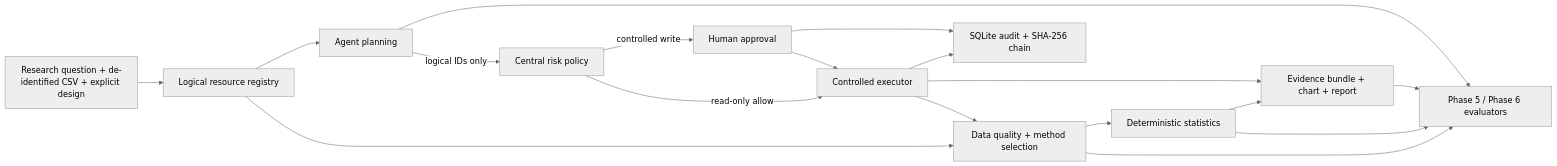
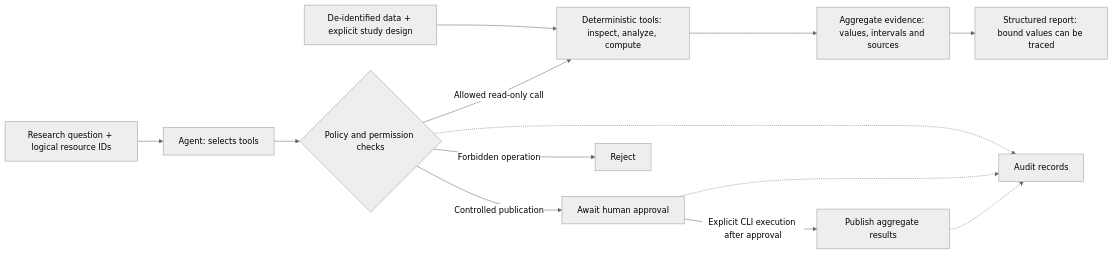
One commit to cedRiC874/researchops-agent changed the diagram in README.en.md. Above: the diagram before and after it, drawn with Mermaid (neutral theme). The commit also changed other lines of this file and 6 other files, not shown here.

````diff
--- a/README.en.md
+++ b/README.en.md
@@ -66,28 +30,15 @@
 ```mermaid
 flowchart LR
-    I["Research question + de-identified CSV + explicit design"]
-    A["Agent planning"]
-    R["Logical resource registry"]
-    Q["Data quality + method selection"]
-    S["Deterministic statistics"]
-    E["Evidence bundle + chart + report"]
-    P["Central risk policy"]
-    H["Human approval"]
-    X["Controlled executor"]
-    L["SQLite audit + SHA-256 chain"]
-    V["Phase 5 / Phase 6 evaluators"]
-
-    I --> R --> Q --> S --> E
-    R --> A
-    A -->|"logical IDs only"| P
-    P -->|"read-only allow"| X
-    P -->|"controlled write"| H --> X
-    X --> Q
-    X --> E
-    X --> L
-    H --> L
-    Q --> V
-    S --> V
-    E --> V
-    A --> V
+    U["Research question + logical resource IDs"] --> A["Agent: selects tools"]
+    A --> P{"Policy and permission checks"}
+    D["De-identified data + explicit study design"] --> T["Deterministic tools: inspect, analyze, compute"]
+    P -->|"Allowed read-only call"| T
+    P -->|"Controlled publication"| H["Await human approval"]
+    P -->|"Forbidden operation"| X["Reject"]
+    H -->|"Explicit CLI execution after approval"| W["Publish aggregate results"]
+    T --> E["Aggregate evidence: values, intervals and sources"]
+    E --> R["Structured report: bound values can be traced"]
+    P -.-> L["Audit records"]
+    H -.-> L
+    W -.-> L
 ```
````
